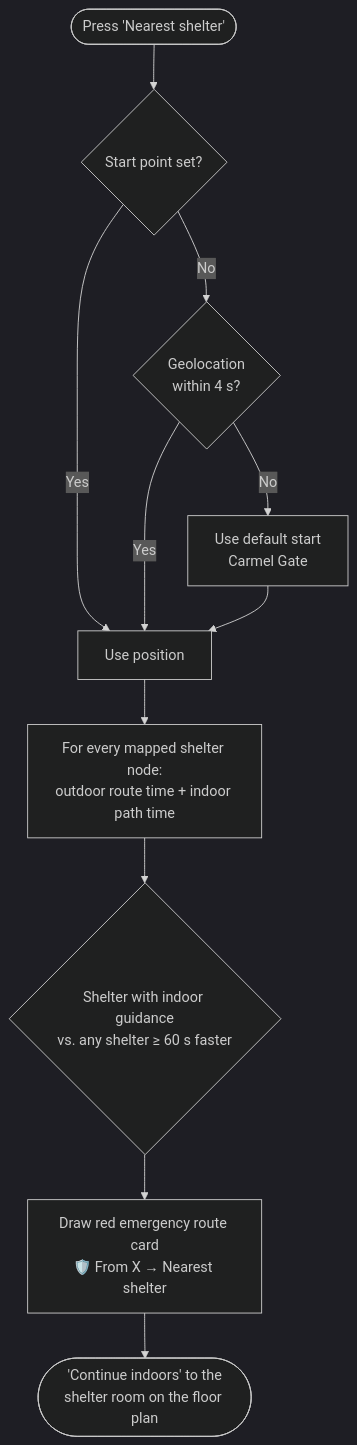
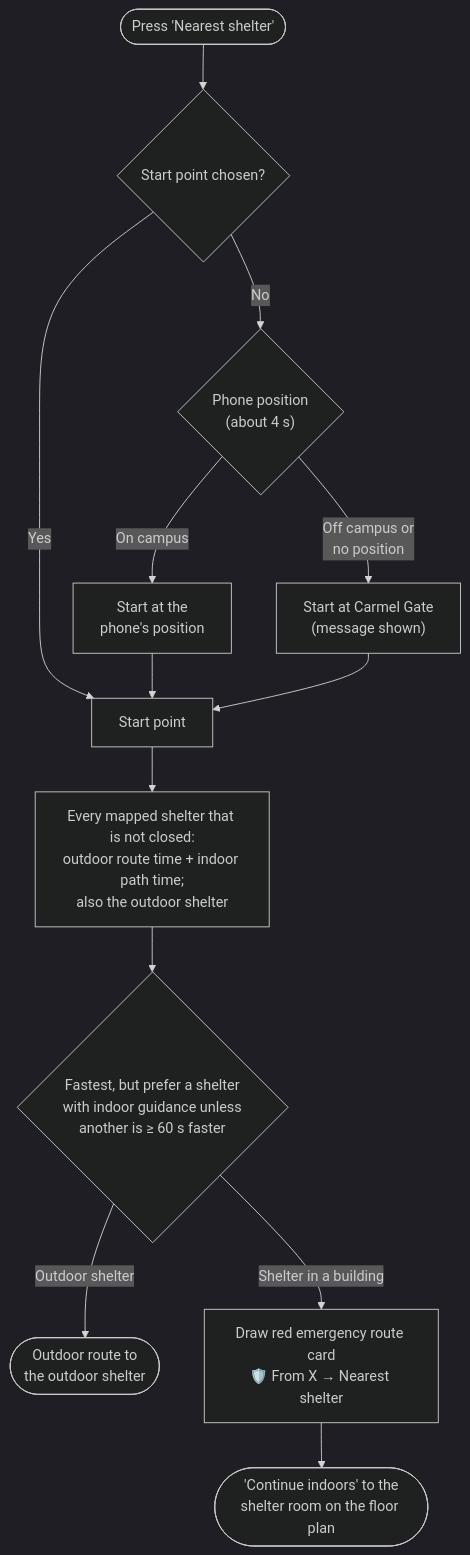
Before and after one commit to hadeel-hamodi/CampusWay: the fifth of 5 diagrams in docs/06-user-flows.md, drawn with Mermaid (dark theme). The commit also changed other lines of this file and 79 other files, not shown here.

````diff
--- a/docs/06-user-flows.md
+++ b/docs/06-user-flows.md
@@ -177,13 +192,15 @@
 ```mermaid
 flowchart TD
-    A(["Press 'Nearest shelter'"]) --> B{Start point set?}
+    A(["Press 'Nearest shelter'"]) --> B{Start point chosen?}
     B -- Yes --> D
-    B -- No --> C{"Geolocation<br/>within 4 s?"}
-    C -- Yes --> D[Use position]
-    C -- No --> C2[Use default start<br/>Carmel Gate]
+    B -- No --> C{"Phone position<br/>(about 4 s)"}
+    C -- On campus --> C1[Start at the<br/>phone's position]
+    C -- "Off campus or<br/>no position" --> C2["Start at Carmel Gate<br/>(message shown)"]
+    C1 --> D
     C2 --> D
-    D --> E["For every mapped shelter node:<br/>outdoor route time + indoor path time"]
-    E --> F{"Shelter with indoor guidance<br/>vs. any shelter ≥ 60 s faster"}
-    F --> G["Draw red emergency route card<br/>🛡️ From X → Nearest shelter"]
+    D[Start point] --> E["Every mapped shelter that is not closed:<br/>outdoor route time + indoor path time;<br/>also the outdoor shelter"]
+    E --> F{"Fastest, but prefer a shelter<br/>with indoor guidance unless<br/>another is ≥ 60 s faster"}
+    F -- Outdoor shelter --> G2(["Outdoor route to<br/>the outdoor shelter"])
+    F -- Shelter in a building --> G["Draw red emergency route card<br/>🛡️ From X → Nearest shelter"]
     G --> H(["'Continue indoors' to the<br/>shelter room on the floor plan"])
 ```
````
